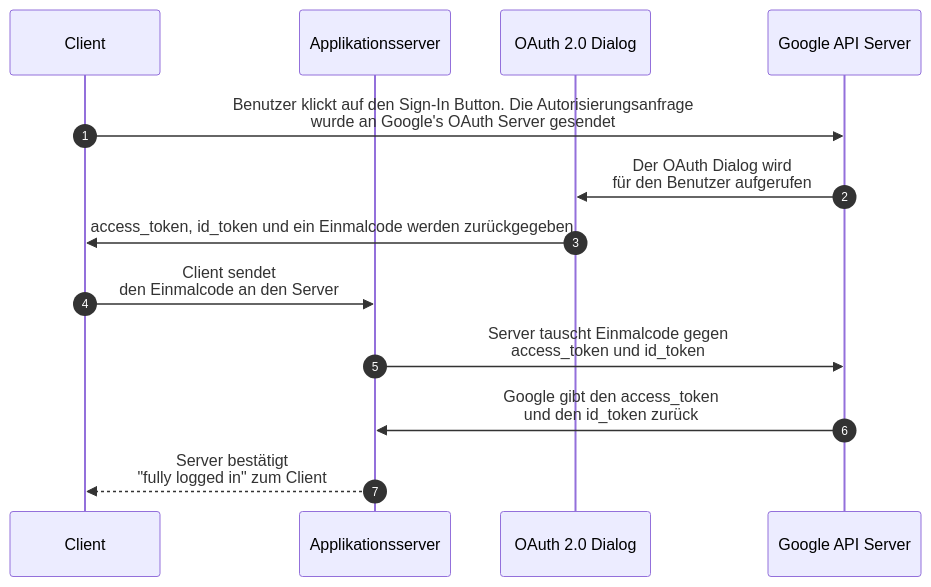
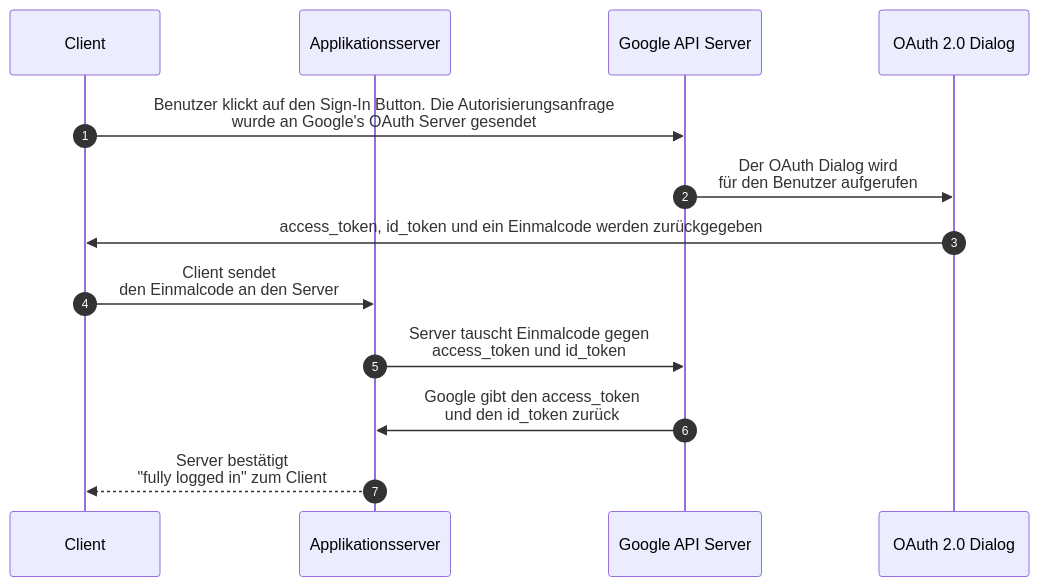
Before and after one commit to DavidFambach/Abgabe-ASE-Patientenakte: the diagram in documents/Keyconcept Google IdP.md, drawn with Mermaid.

Commit message:
format diagram

````diff
--- a/documents/Keyconcept Google IdP.md
+++ b/documents/Keyconcept Google IdP.md
@@ -4,15 +4,16 @@
 ```mermaid
 sequenceDiagram
 autonumber
 participant Client
 participant Applikationsserver
+participant Google API Server
 participant OAuth 2.0 Dialog
 
 Client ->> Google API Server: Benutzer klickt auf den Sign-In Button. Die Autorisierungsanfrage <br> wurde an Google's OAuth Server gesendet
 Google API Server ->> OAuth 2.0 Dialog: Der OAuth Dialog wird <br> für den Benutzer aufgerufen
 OAuth 2.0 Dialog ->> Client: access_token, id_token und ein Einmalcode werden zurückgegeben
 Client ->> Applikationsserver: Client sendet <br> den Einmalcode an den Server
 Applikationsserver ->> Google API Server: Server tauscht Einmalcode gegen <br> access_token und id_token 
 Google API Server ->> Applikationsserver: Google gibt den access_token <br> und den id_token zurück
 Applikationsserver -->> Client: Server bestätigt <br> "fully logged in" zum Client
 ```
````
